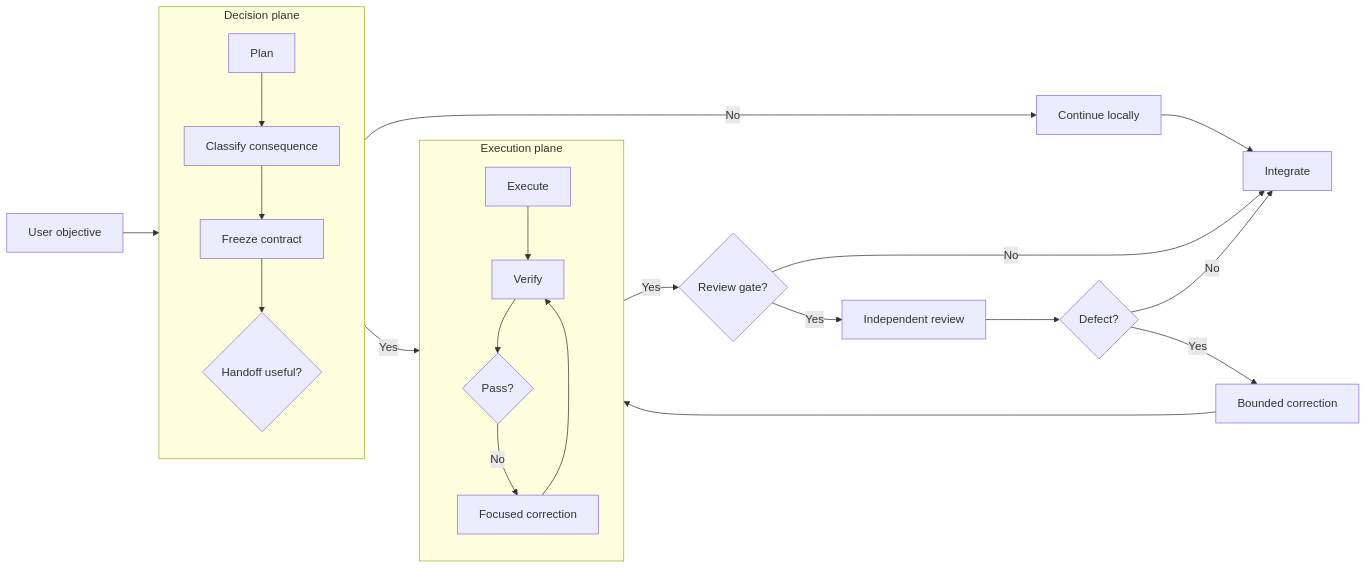
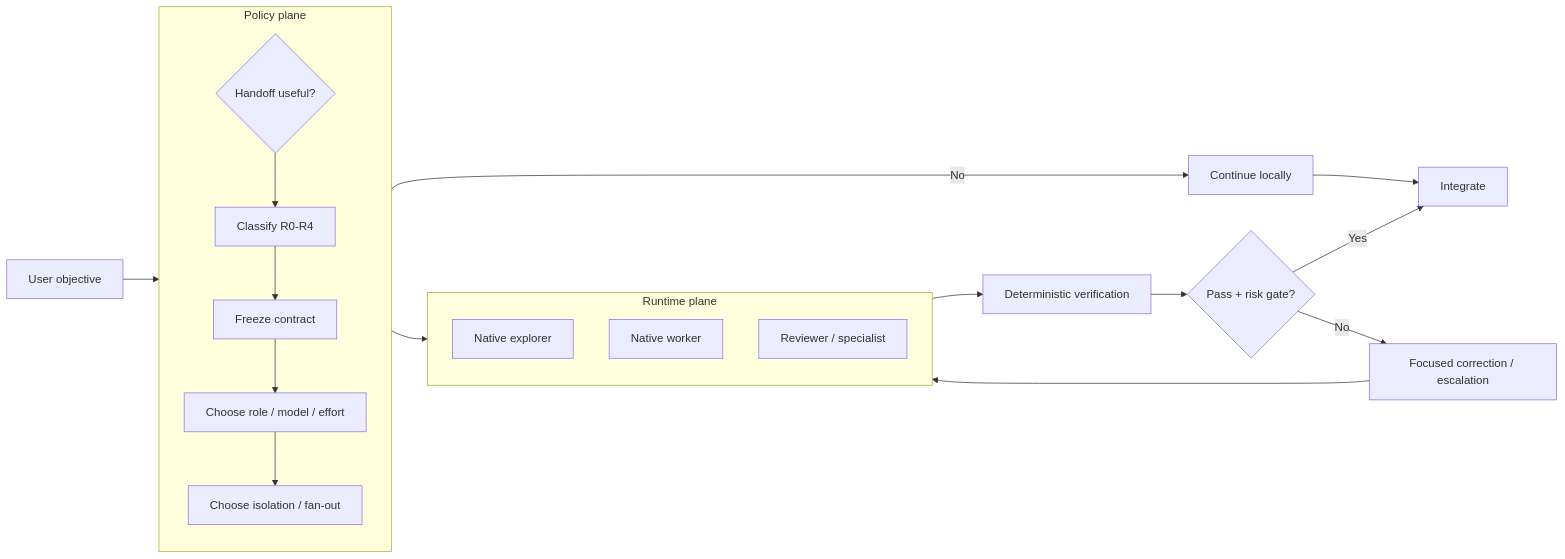
Before and after one commit to Strataward/durable-threads: the first of 2 diagrams in plugins/durable-threads/skills/durable-threads/references/ARCHITECTURE.md, drawn with Mermaid. The commit also changed other lines of this file, not shown here.

Commit message:
Update architecture for native multi-agent runtimes

````diff
--- a/plugins/durable-threads/skills/durable-threads/references/ARCHITECTURE.md
+++ b/plugins/durable-threads/skills/durable-threads/references/ARCHITECTURE.md
@@ -26,31 +34,29 @@
 ```mermaid
 flowchart LR
     U["User objective"] --> DP
 
-    subgraph DP["Decision plane"]
+    subgraph DP["Policy plane"]
         direction TB
-        P["Plan"] --> R["Classify consequence"]
+        H{"Handoff useful?"} --> R["Classify R0-R4"]
         R --> C["Freeze contract"]
-        C --> H{"Handoff useful?"}
+        C --> M["Choose role / model / effort"]
+        M --> I["Choose isolation / fan-out"]
     end
 
     H -->|"No"| L["Continue locally"]
-    H -->|"Yes"| EP
+    I --> RT
 
-    subgraph EP["Execution plane"]
+    subgraph RT["Runtime plane"]
         direction TB
-        W["Execute"] --> V["Verify"]
-        V --> Q{"Pass?"}
-        Q -->|"No"| F["Focused correction"]
-        F --> V
+        E["Native explorer"]
+        W["Native worker"]
+        Q["Reviewer / specialist"]
     end
 
-    Q -->|"Yes"| G{"Review gate?"}
-    G -->|"No"| I["Integrate"]
-    G -->|"Yes"| A["Independent review"]
-    A --> D{"Defect?"}
-    D -->|"No"| I
-    D -->|"Yes"| F2["Bounded correction"]
-    F2 --> V
-    L --> I
+    RT --> V["Deterministic verification"]
+    V --> G{"Pass + risk gate?"}
+    G -->|"Yes"| X["Integrate"]
+    G -->|"No"| F["Focused correction / escalation"]
+    F --> RT
+    L --> X
 ```
````
